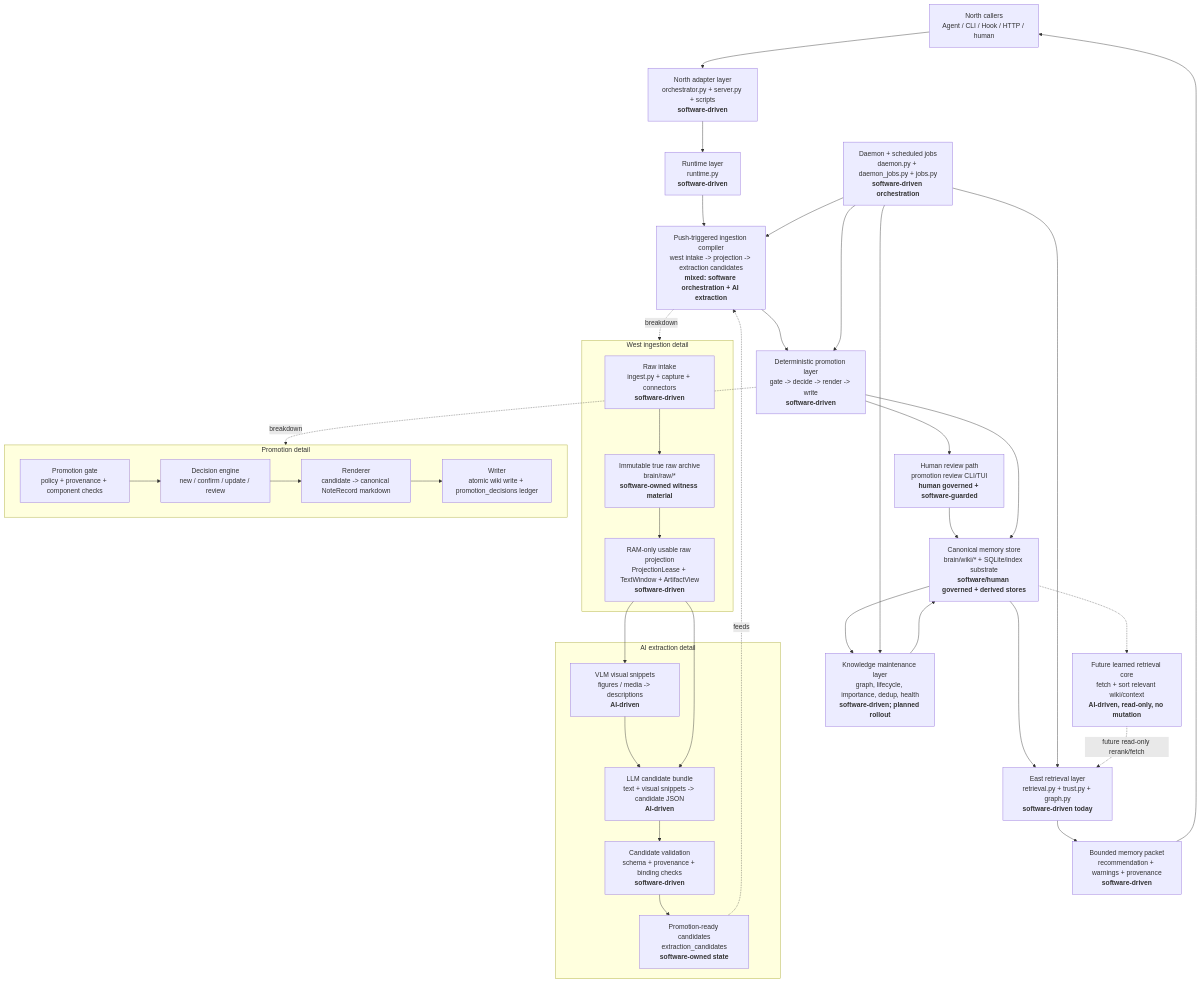
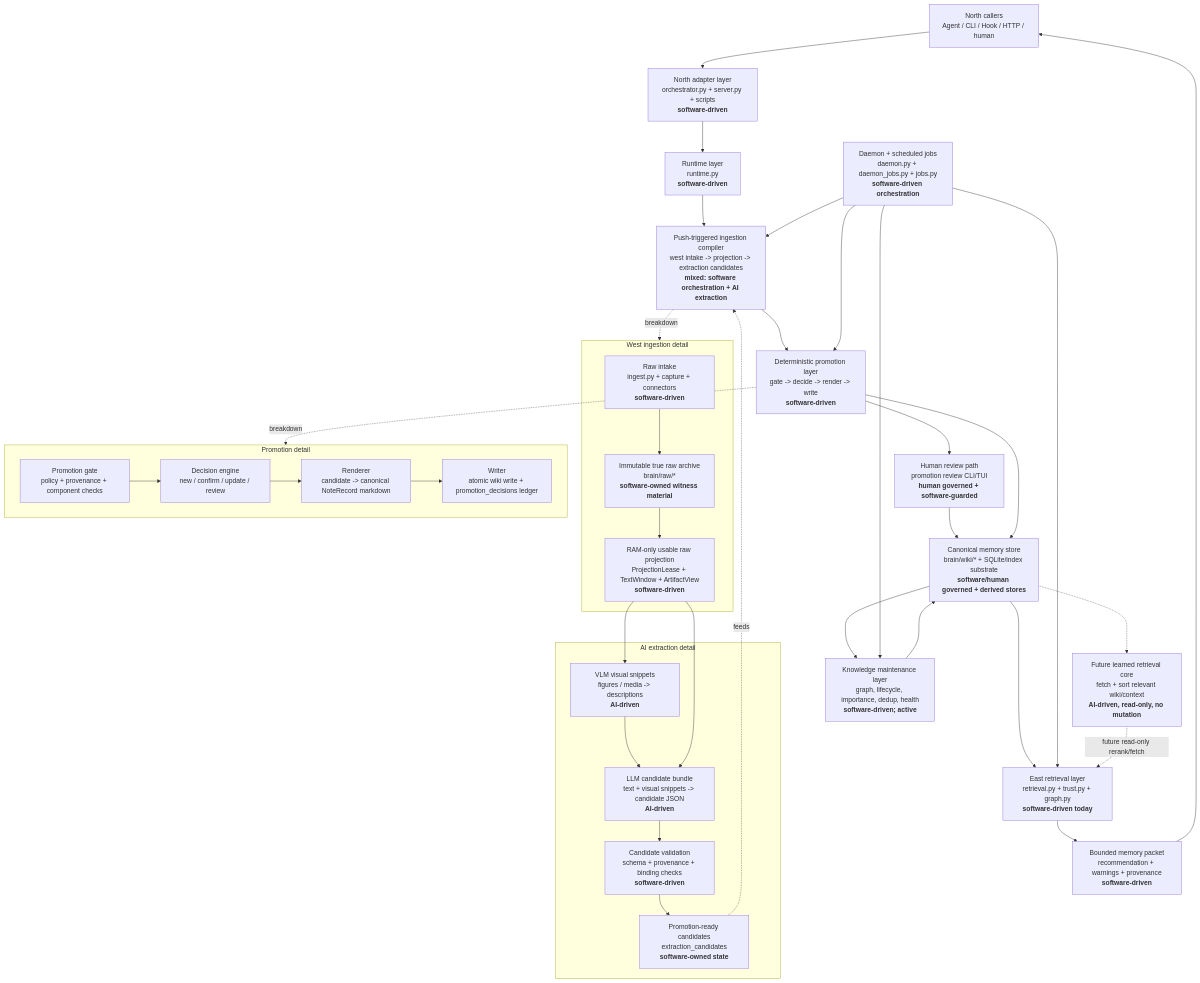
Before and after one commit to Jianyu010/MnemonicOS: the diagram in brain/system/architecture.md, drawn with Mermaid. The commit also changed other lines of this file and 3 other files, not shown here.

First line of the commit message:
docs: correct stale implementation status across architecture docs

````diff
--- a/brain/system/architecture.md
+++ b/brain/system/architecture.md
@@ -19,52 +19,52 @@
 ```mermaid
 flowchart TD
     A["North callers<br/>Agent / CLI / Hook / HTTP / human"] --> B["North adapter layer<br/>orchestrator.py + server.py + scripts<br/><b>software-driven</b>"]
     B --> C["Runtime layer<br/>runtime.py<br/><b>software-driven</b>"]
     C --> D["Push-triggered ingestion compiler<br/>west intake -> projection -> extraction candidates<br/><b>mixed: software orchestration + AI extraction</b>"]
     D --> E["Deterministic promotion layer<br/>gate -> decide -> render -> write<br/><b>software-driven</b>"]
     E --> R["Human review path<br/>promotion review CLI/TUI<br/><b>human governed + software-guarded</b>"]
     R --> F["Canonical memory store<br/>brain/wiki/* + SQLite/index substrate<br/><b>software/human governed + derived stores</b>"]
     E --> F
-    F --> M["Knowledge maintenance layer<br/>graph, lifecycle, importance, dedup, health<br/><b>software-driven; planned rollout</b>"]
+    F --> M["Knowledge maintenance layer<br/>graph, lifecycle, importance, dedup, health<br/><b>software-driven; active</b>"]
     M --> F
     F --> G["East retrieval layer<br/>retrieval.py + trust.py + graph.py<br/><b>software-driven today</b>"]
     G --> H["Bounded memory packet<br/>recommendation + warnings + provenance<br/><b>software-driven</b>"]
     H --> A
 
     subgraph W["West ingestion detail"]
         W1["Raw intake<br/>ingest.py + capture + connectors<br/><b>software-driven</b>"]
         W2["Immutable true raw archive<br/>brain/raw/*<br/><b>software-owned witness material</b>"]
         W3["RAM-only usable raw projection<br/>ProjectionLease + TextWindow + ArtifactView<br/><b>software-driven</b>"]
         W1 --> W2 --> W3
     end
 
     subgraph X["AI extraction detail"]
         X1["VLM visual snippets<br/>figures / media -> descriptions<br/><b>AI-driven</b>"]
         X2["LLM candidate bundle<br/>text + visual snippets -> candidate JSON<br/><b>AI-driven</b>"]
         X3["Candidate validation<br/>schema + provenance + binding checks<br/><b>software-driven</b>"]
         X4["Promotion-ready candidates<br/>extraction_candidates<br/><b>software-owned state</b>"]
         X1 --> X2 --> X3 --> X4
     end
 
     subgraph P["Promotion detail"]
         P1["Promotion gate<br/>policy + provenance + component checks"]
         P2["Decision engine<br/>new / confirm / update / review"]
         P3["Renderer<br/>candidate -> canonical NoteRecord markdown"]
         P4["Writer<br/>atomic wiki write + promotion_decisions ledger"]
         P1 --> P2 --> P3 --> P4
     end
 
     D -.->|breakdown| W
     W3 --> X1
     W3 --> X2
     X4 -.->|feeds| D
     E -.->|breakdown| P
 
     I["Daemon + scheduled jobs<br/>daemon.py + daemon_jobs.py + jobs.py<br/><b>software-driven orchestration</b>"] --> D
     I --> E
     I --> M
     I --> G
 
     Q["Future learned retrieval core<br/>fetch + sort relevant wiki/context<br/><b>AI-driven, read-only, no mutation</b>"] -.->|future read-only rerank/fetch| G
     F -.-> Q
 ```
````
